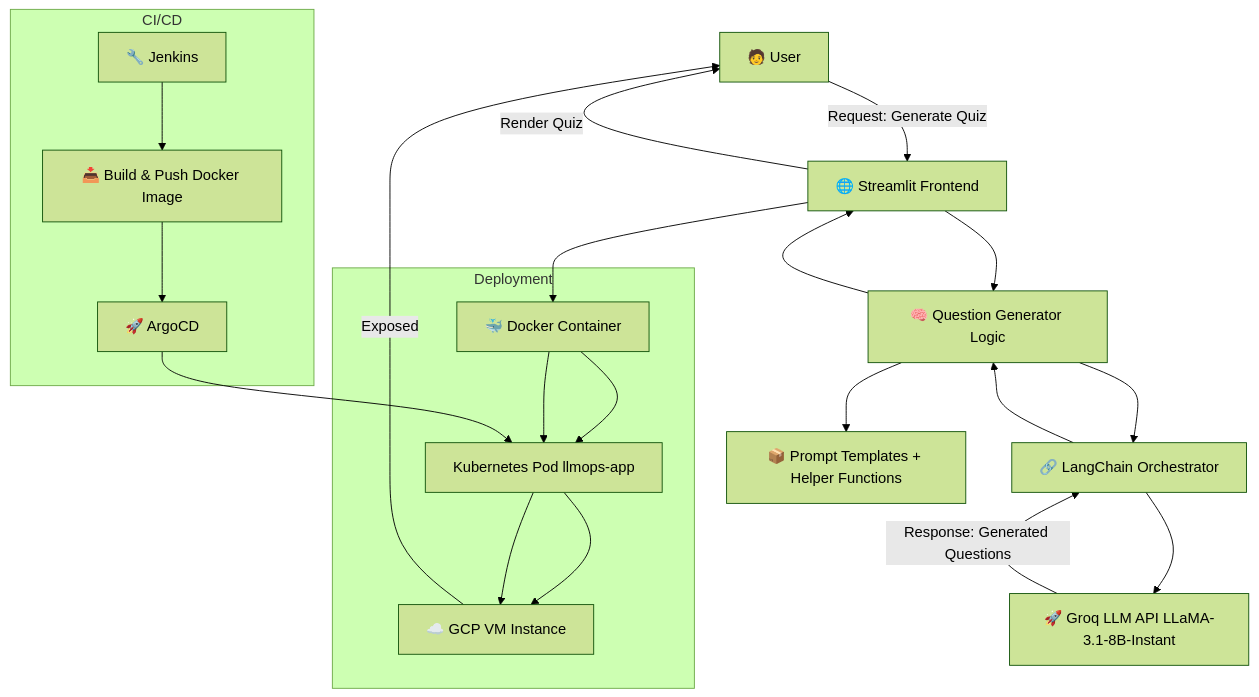
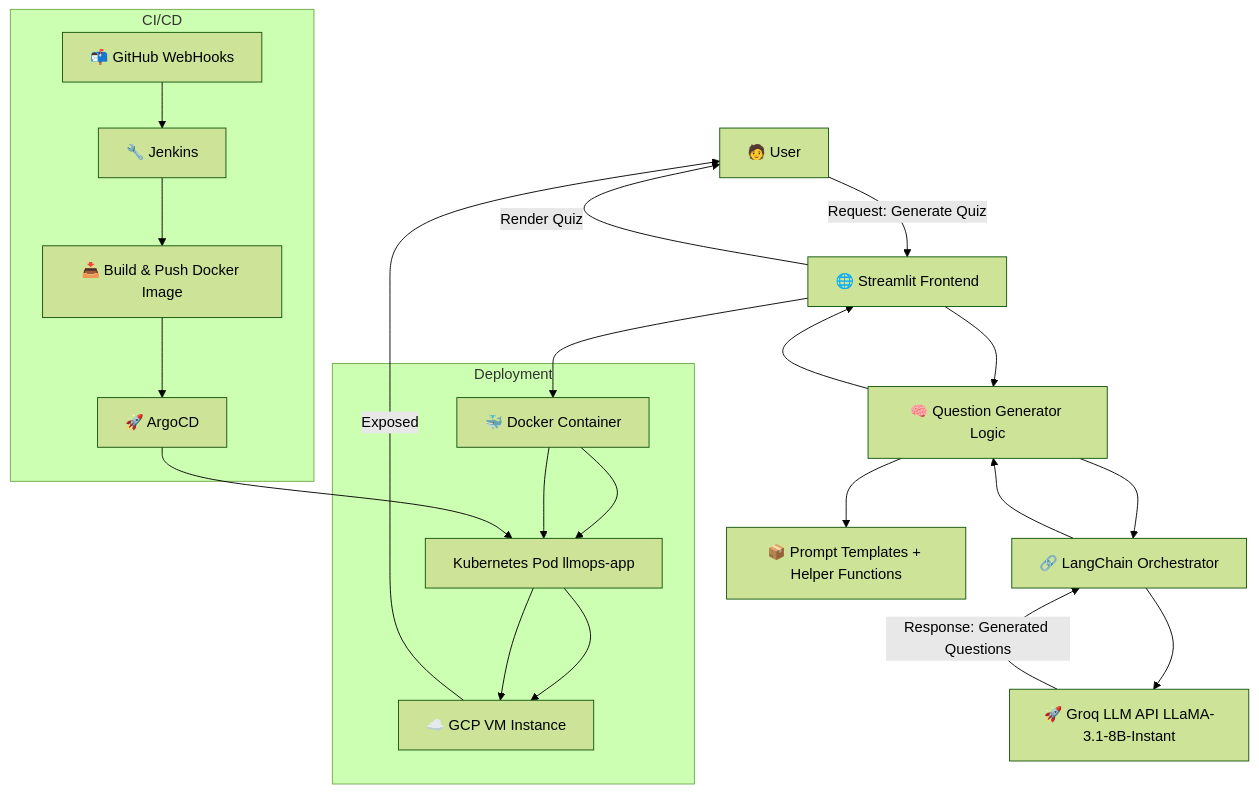
The second of 2 diagrams in README.md (aimldinesh/ASKGENIE), drawn with Mermaid (forest theme) before and after one commit. The commit also changed other lines of this file, not shown here.

````diff
--- a/README.md
+++ b/README.md
@@ -108,30 +108,31 @@
 ```mermaid
 graph TD
     A[🧑 User] -->|Request: Generate Quiz| B[🌐 Streamlit Frontend]
     B --> C[🧠 Question Generator Logic]
     C --> D[📦 Prompt Templates + Helper Functions]
     C --> L[🔗 LangChain Orchestrator]
     L --> E[🚀 Groq LLM API LLaMA-3.1-8B-Instant]
 
     E -->|Response: Generated Questions| L
     L --> C
     C --> B
     B -->|Render Quiz| A
 
     subgraph Deployment
       F[🐳 Docker Container] --> G[Kubernetes Pod llmops-app]
       G --> H[☁️ GCP VM Instance]
     end
 
     B --> F
     F --> G
     G --> H
 
     subgraph CI/CD
-      I[🔧 Jenkins] --> J[📥 Build & Push Docker Image]
+      M[📬 GitHub WebHooks] --> I[🔧 Jenkins]
+      I --> J[📥 Build & Push Docker Image]
       J --> K[🚀 ArgoCD]
       K --> G
     end
 
     H -->|Exposed| A
 ```
````
